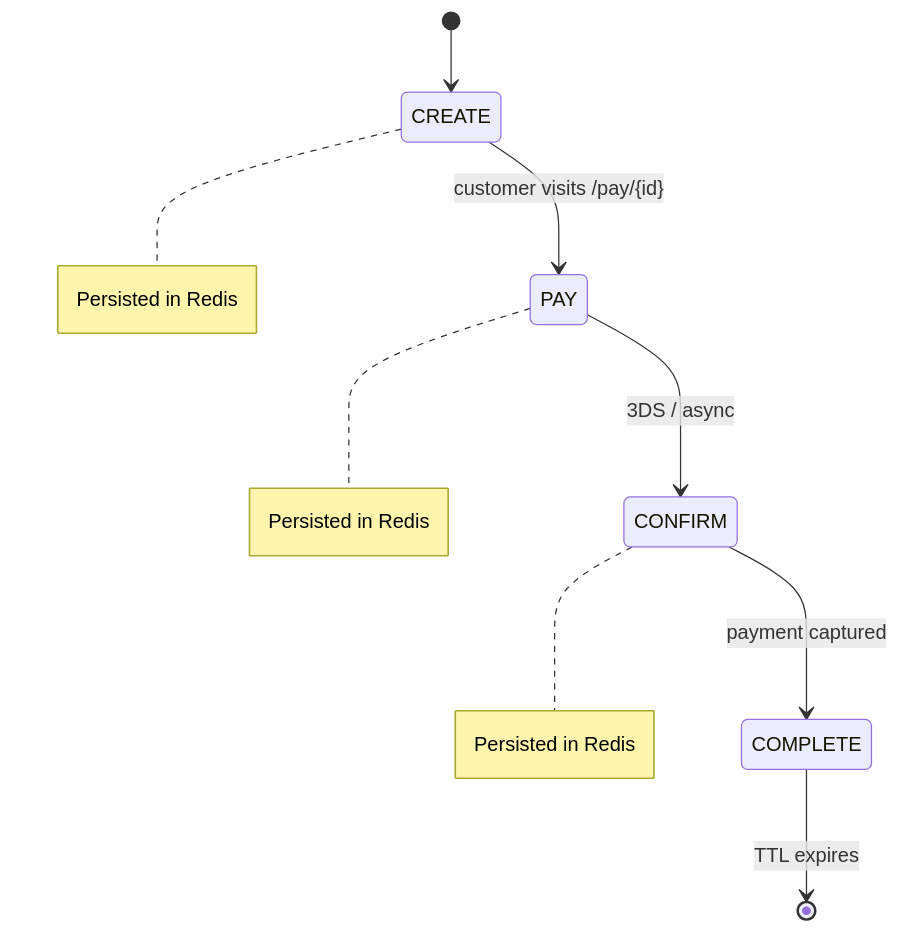
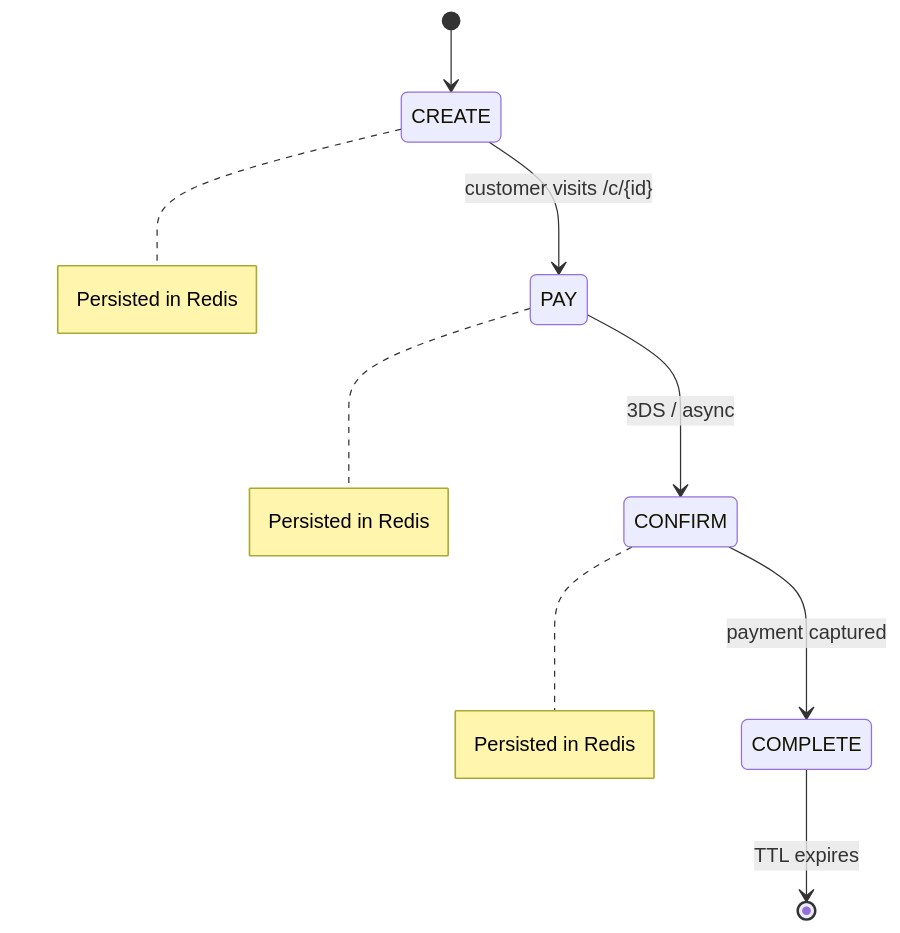
Before and after one commit to rodrigobarona/commerce.js-nextjs-clone: the diagram in apps/docs/content/docs/apps/checkout/sessions.mdx, drawn with Mermaid. The commit also changed other lines of this file and 98 other files, not shown here.

````diff
--- a/apps/docs/content/docs/apps/checkout/sessions.mdx
+++ b/apps/docs/content/docs/apps/checkout/sessions.mdx
@@ -10,12 +10,12 @@
 ```mermaid
 stateDiagram-v2
   [*] --> CREATE
-  CREATE --> PAY: customer visits /pay/{id}
+  CREATE --> PAY: customer visits /c/{id}
   PAY --> CONFIRM: 3DS / async
   CONFIRM --> COMPLETE: payment captured
   COMPLETE --> [*]: TTL expires
 
   note right of CREATE: Persisted in Redis
   note right of PAY: Persisted in Redis
   note right of CONFIRM: Persisted in Redis
 ```
````
